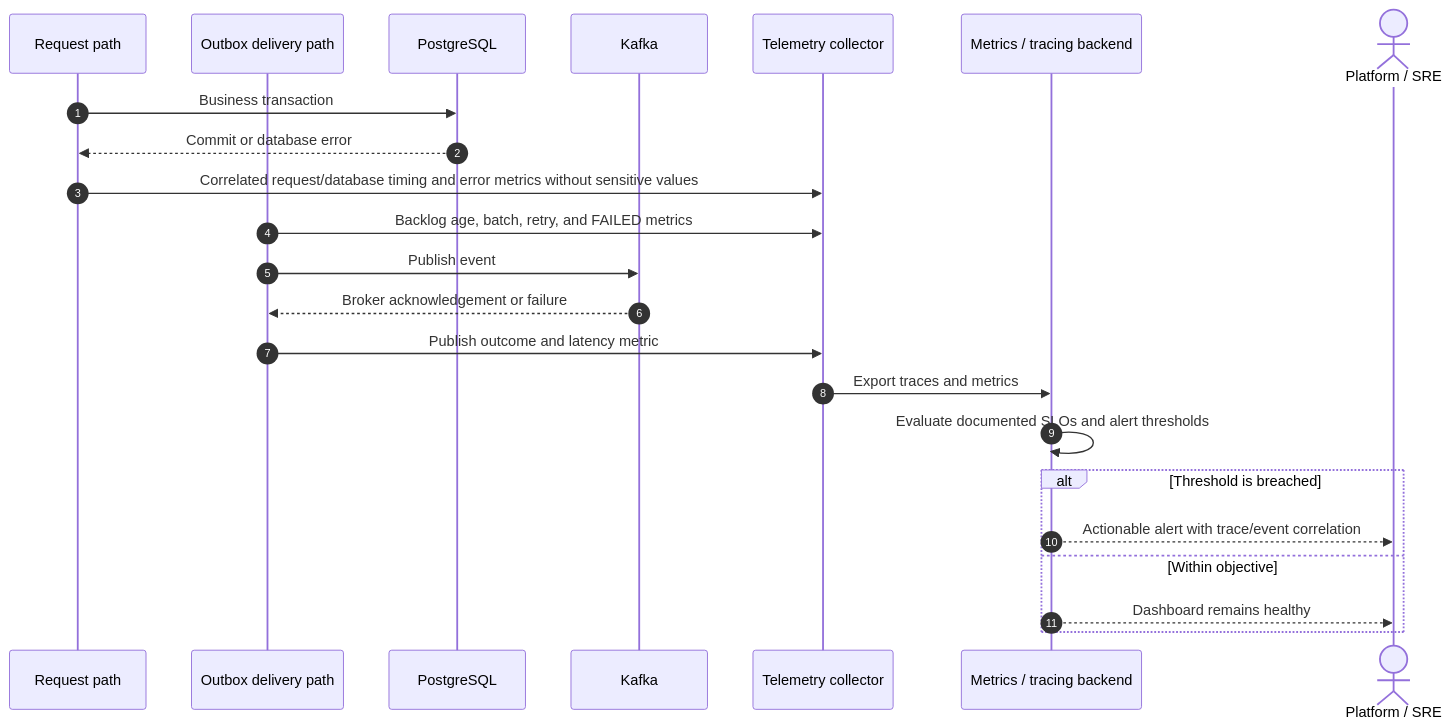
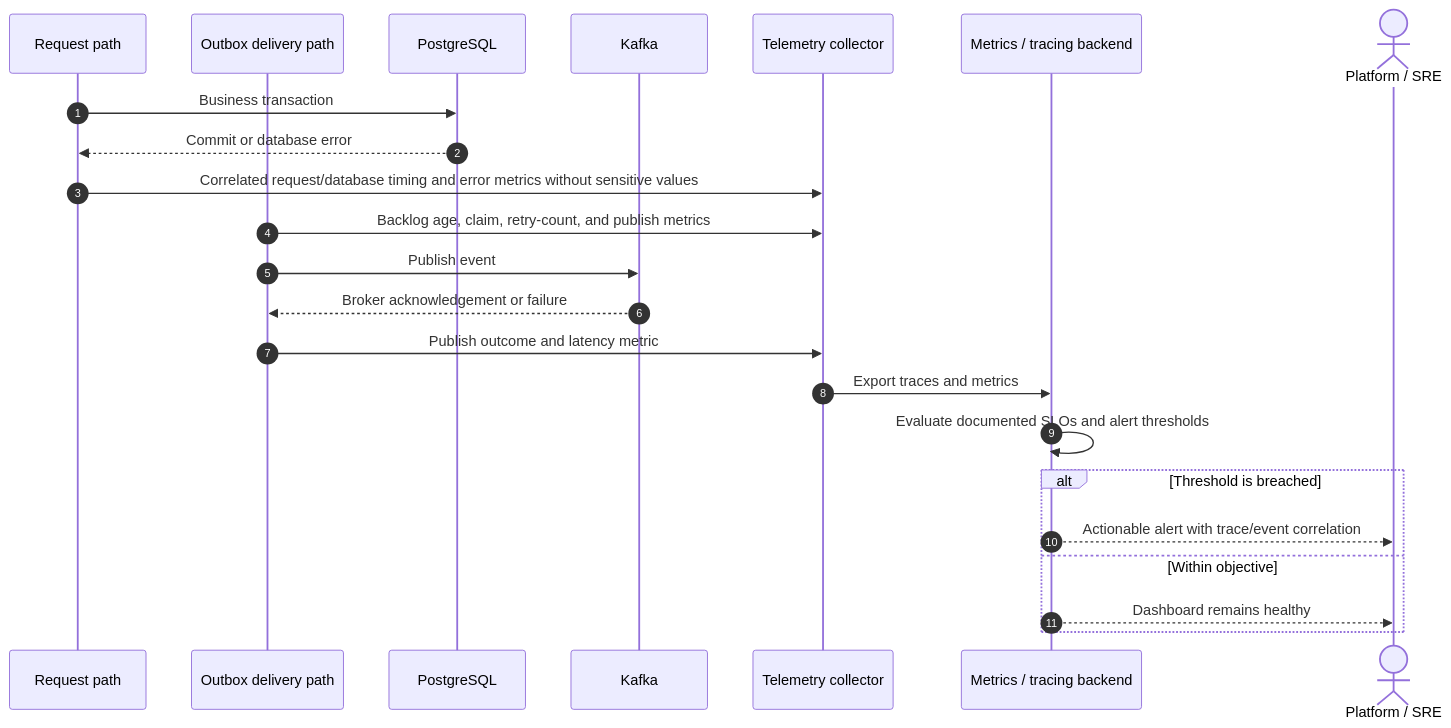
Before and after one commit to tarunngusain08/transaction-outbox-service: diagram 15 of 16 in docs/sequence-diagrams.md, drawn with Mermaid. The commit also changed other lines of this file and 25 other files, not shown here.

````diff
--- a/docs/sequence-diagrams.md
+++ b/docs/sequence-diagrams.md
@@ -509,26 +512,26 @@
 ```mermaid
 sequenceDiagram
     autonumber
     participant API as Request path
     participant Poller as Outbox delivery path
     participant DB as PostgreSQL
     participant Kafka as Kafka
     participant Collector as Telemetry collector
     participant Backend as Metrics / tracing backend
     actor Operator as Platform / SRE
 
     API->>DB: Business transaction
     DB-->>API: Commit or database error
     API->>Collector: Correlated request/database timing and error metrics without sensitive values
-    Poller->>Collector: Backlog age, batch, retry, and FAILED metrics
+    Poller->>Collector: Backlog age, claim, retry-count, and publish metrics
     Poller->>Kafka: Publish event
     Kafka-->>Poller: Broker acknowledgement or failure
     Poller->>Collector: Publish outcome and latency metric
     Collector->>Backend: Export traces and metrics
     Backend->>Backend: Evaluate documented SLOs and alert thresholds
     alt Threshold is breached
         Backend-->>Operator: Actionable alert with trace/event correlation
     else Within objective
         Backend-->>Operator: Dashboard remains healthy
     end
 ```
````
